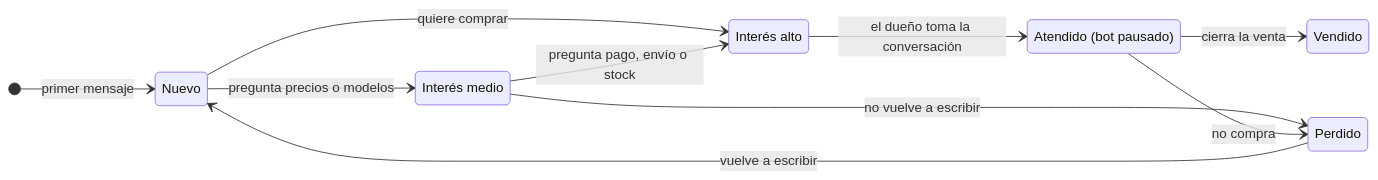
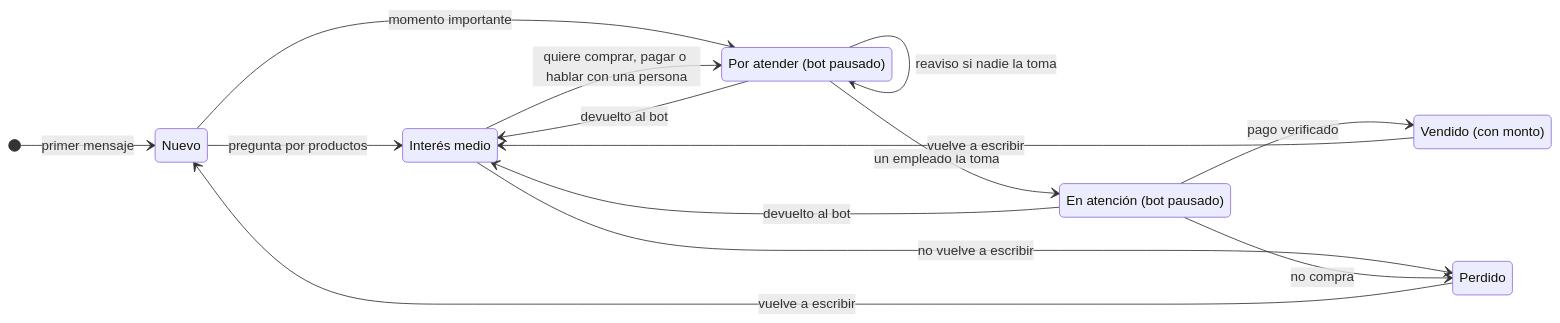
One commit to nicolasrodriguez09/N8N-SAS-ventas-crm-integracion-whatsap changed the first of 2 diagrams in README.md. Above: the diagram before and after it, drawn with Mermaid. The commit also changed other lines of this file and 5 other files, not shown here.

First line of the commit message:
Rediseñar el paso a una persona: el bot se pausa y el panel concreta la venta

````diff
--- a/README.md
+++ b/README.md
@@ -40,16 +43,21 @@
 ```mermaid
 stateDiagram-v2
   direction LR
   [*] --> Nuevo: primer mensaje
-  Nuevo --> InteresMedio: pregunta precios o modelos
-  Nuevo --> InteresAlto: quiere comprar
-  InteresMedio --> InteresAlto: pregunta pago, envío o stock
+  Nuevo --> InteresMedio: pregunta por productos
+  Nuevo --> PorAtender: momento importante
+  InteresMedio --> PorAtender: quiere comprar, pagar o hablar con una persona
   InteresMedio --> Perdido: no vuelve a escribir
-  InteresAlto --> Atendido: el dueño toma la conversación
-  Atendido --> Vendido: cierra la venta
-  Atendido --> Perdido: no compra
+  PorAtender --> PorAtender: reaviso si nadie la toma
+  PorAtender --> EnAtencion: un empleado la toma
+  EnAtencion --> Vendido: pago verificado
+  EnAtencion --> Perdido: no compra
+  PorAtender --> InteresMedio: devuelto al bot
+  EnAtencion --> InteresMedio: devuelto al bot
+  Vendido --> InteresMedio: vuelve a escribir
   Perdido --> Nuevo: vuelve a escribir
   InteresMedio: Interés medio
-  InteresAlto: Interés alto
-  Atendido: Atendido (bot pausado)
+  PorAtender: Por atender (bot pausado)
+  EnAtencion: En atención (bot pausado)
+  Vendido: Vendido (con monto)
 ```
````
